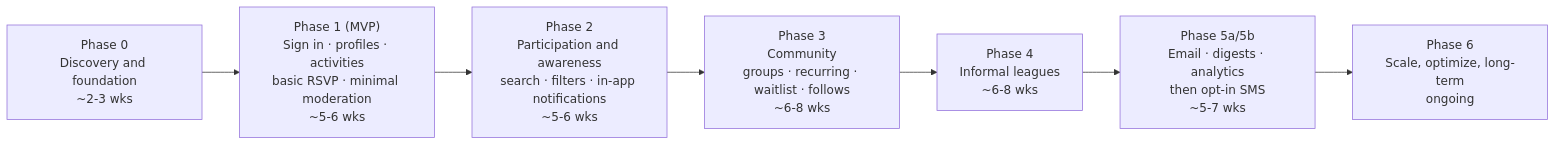
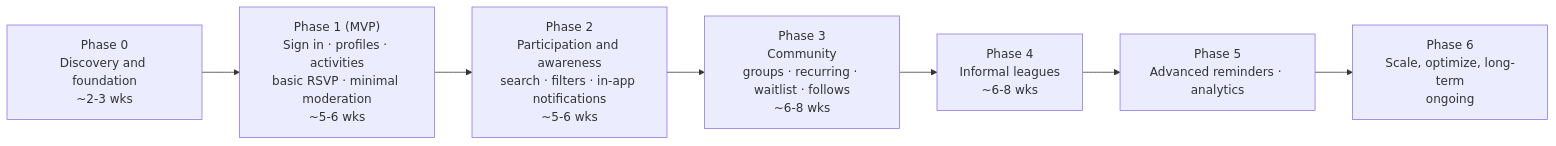
Before and after one commit to Web-Design-Development-Society/faba: the first of 6 diagrams in docs/faba-design-document.md, drawn with Mermaid. The commit also changed other lines of this file, not shown here.

Commit message:
Updated sms and email notification speach

````diff
--- a/docs/faba-design-document.md
+++ b/docs/faba-design-document.md
@@ -341,9 +339,9 @@
 ```mermaid
 flowchart LR
   P0["Phase 0<br/>Discovery and foundation<br/>~2-3 wks"] --> P1["Phase 1 (MVP)<br/>Sign in · profiles · activities<br/>basic RSVP · minimal moderation<br/>~5-6 wks"]
   P1 --> P2["Phase 2<br/>Participation and awareness<br/>search · filters · in-app notifications<br/>~5-6 wks"]
   P2 --> P3["Phase 3<br/>Community<br/>groups · recurring · waitlist · follows<br/>~6-8 wks"]
   P3 --> P4["Phase 4<br/>Informal leagues<br/>~6-8 wks"]
-  P4 --> P5["Phase 5a/5b<br/>Email · digests · analytics<br/>then opt-in SMS<br/>~5-7 wks"]
+  P4 --> P5["Phase 5<br/>Advanced reminders · analytics"]
   P5 --> P6["Phase 6<br/>Scale, optimize, long-term<br/>ongoing"]
 ```
````
